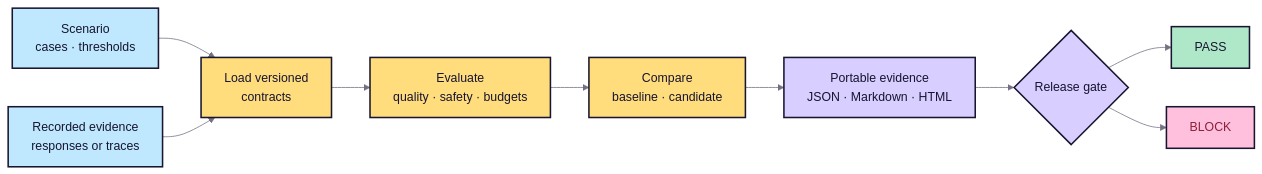
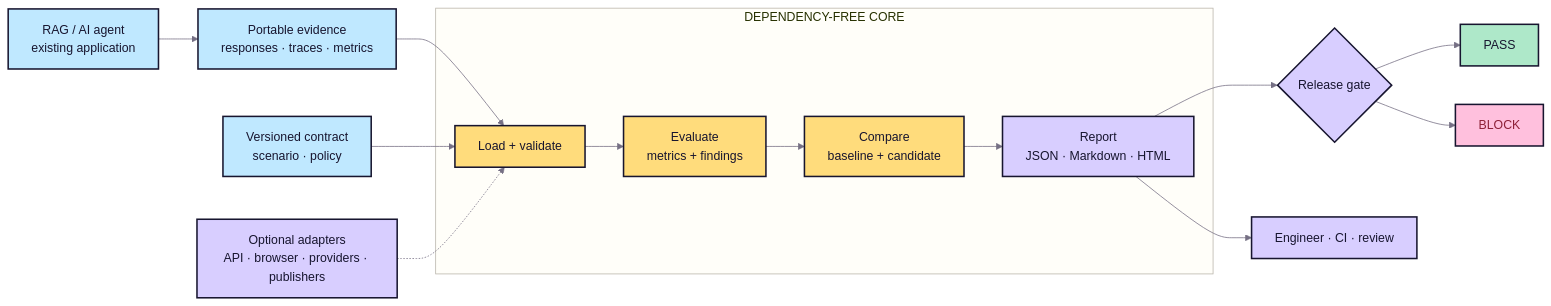
The diagram in docs/architecture/system-overview.md (thangldw/ragops), drawn with Mermaid before and after one commit. The commit also changed other lines of this file and 145 other files, not shown here.

````diff
--- a/docs/architecture/system-overview.md
+++ b/docs/architecture/system-overview.md
@@ -3,30 +3,40 @@
 ```mermaid
-%%{init: {"theme":"base","fontFamily":"system-ui, -apple-system, BlinkMacSystemFont, Segoe UI, sans-serif","flowchart":{"curve":"basis"},"themeVariables":{"background":"#f8f6f0","primaryColor":"#ffdc7c","primaryTextColor":"#17152f","primaryBorderColor":"#17152f","secondaryColor":"#bfe8ff","tertiaryColor":"#d8ceff","lineColor":"#756f84","edgeLabelBackground":"#fffef9"}}}%%
+%%{init: {"theme":"base","fontFamily":"system-ui, -apple-system, BlinkMacSystemFont, Segoe UI, sans-serif","flowchart":{"curve":"basis"},"themeVariables":{"background":"#f8f6f0","primaryColor":"#ffdc7c","primaryTextColor":"#17152f","primaryBorderColor":"#17152f","secondaryColor":"#bfe8ff","tertiaryColor":"#d8ceff","lineColor":"#756f84","edgeLabelBackground":"#fffef9","clusterBkg":"#fffef9","clusterBorder":"#b9b4aa"}}}%%
 flowchart LR
-    SCENARIO["Scenario<br/>cases · thresholds"]
-    EVIDENCE["Recorded evidence<br/>responses or traces"]
-    LOADER["Load versioned<br/>contracts"]
-    RUNNER["Evaluate<br/>quality · safety · budgets"]
-    COMPARE["Compare<br/>baseline · candidate"]
-    REPORT["Portable evidence<br/>JSON · Markdown · HTML"]
+    APP["RAG / AI agent<br/>existing application"]
+    TRACE["Portable evidence<br/>responses · traces · metrics"]
+    SCENARIO["Versioned contract<br/>scenario · policy"]
+
+    subgraph CORE["DEPENDENCY-FREE CORE"]
+        LOAD["Load + validate"]
+        EVAL["Evaluate<br/>metrics + findings"]
+        COMPARE["Compare<br/>baseline + candidate"]
+        REPORT["Report<br/>JSON · Markdown · HTML"]
+        LOAD --> EVAL --> COMPARE --> REPORT
+    end
+
     GATE{"Release gate"}
     PASS["PASS"]
     BLOCK["BLOCK"]
+    REVIEW["Engineer · CI · review"]
+    ADAPTERS["Optional adapters<br/>API · browser · providers · publishers"]
 
-    SCENARIO --> LOADER
-    EVIDENCE --> LOADER
-    LOADER --> RUNNER --> COMPARE --> REPORT --> GATE
+    APP --> TRACE --> LOAD
+    SCENARIO --> LOAD
+    REPORT --> GATE
     GATE --> PASS
     GATE --> BLOCK
+    REPORT --> REVIEW
+    ADAPTERS -.-> LOAD
 
     classDef input fill:#bfe8ff,stroke:#17152f,color:#17152f,stroke-width:2px;
     classDef core fill:#ffdc7c,stroke:#17152f,color:#17152f,stroke-width:2px;
     classDef evidence fill:#d8ceff,stroke:#17152f,color:#17152f,stroke-width:2px;
     classDef pass fill:#aee8c9,stroke:#17152f,color:#17152f,stroke-width:2px;
     classDef block fill:#ffc0dd,stroke:#17152f,color:#8d2037,stroke-width:2px;
-    class SCENARIO,EVIDENCE input;
-    class LOADER,RUNNER,COMPARE core;
-    class REPORT,GATE evidence;
+    class APP,TRACE,SCENARIO input;
+    class LOAD,EVAL,COMPARE core;
+    class REPORT,GATE,REVIEW,ADAPTERS evidence;
     class PASS pass;
     class BLOCK block;
 ```
````
